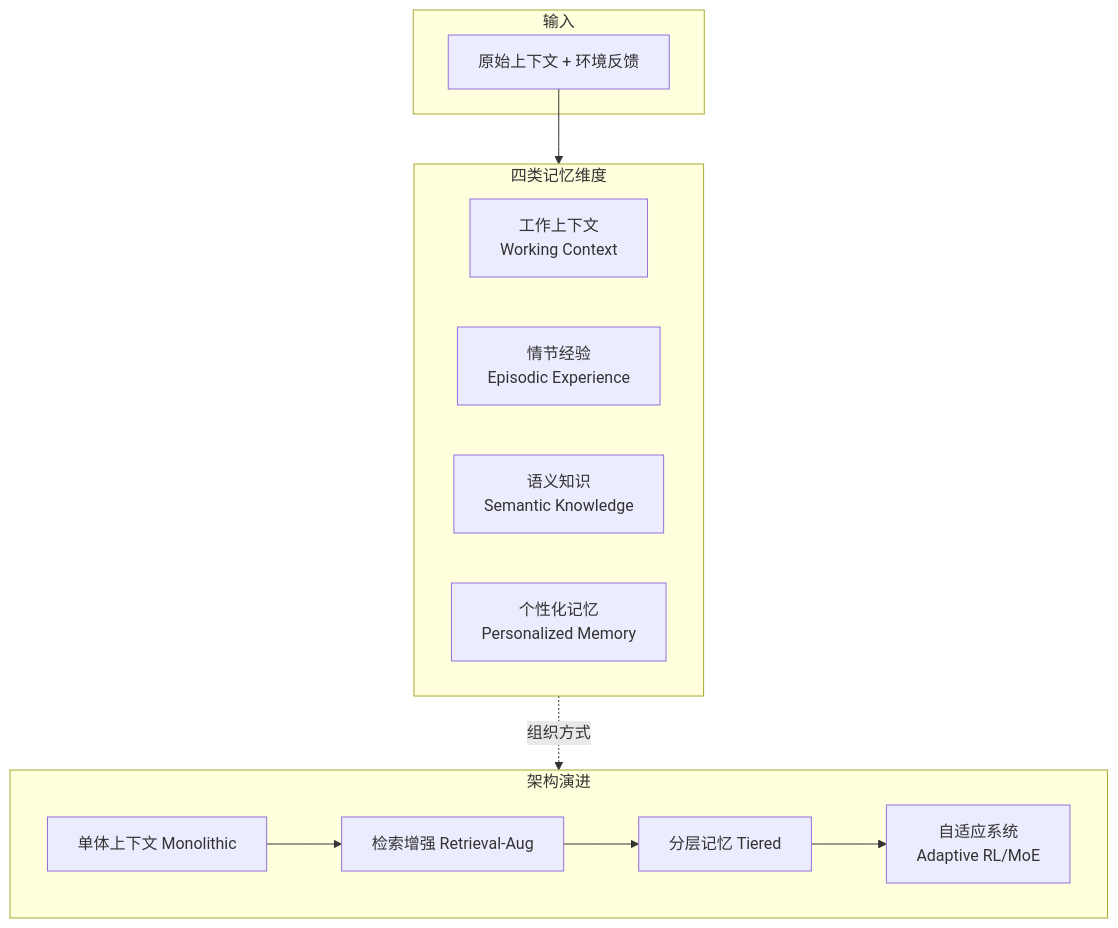
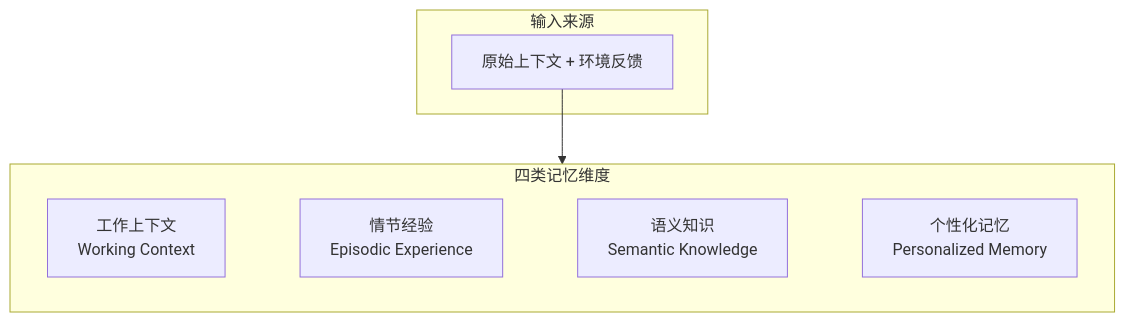
Before and after one commit to wenyuexin/ai-praxis: the first of 5 diagrams in agentic/01-foundations/cognitive-architectures/Externalization_2604.08224.md, drawn with Mermaid. The commit also changed other lines of this file and 1 other file, not shown here.

````diff
--- a/agentic/01-foundations/cognitive-architectures/Externalization_2604.08224.md
+++ b/agentic/01-foundations/cognitive-architectures/Externalization_2604.08224.md
@@ -109,19 +113,15 @@
 ```mermaid
 flowchart TB
-    subgraph Input[输入]
+    subgraph Input[输入来源]
         RC[原始上下文 + 环境反馈]
     end
     subgraph Dims[四类记忆维度]
+        direction LR
         WC[工作上下文<br>Working Context]
         EE[情节经验<br>Episodic Experience]
         SK[语义知识<br>Semantic Knowledge]
         PM[个性化记忆<br>Personalized Memory]
-    end
-    subgraph Evo[架构演进]
-        M1[单体上下文 Monolithic] --> M2[检索增强 Retrieval-Aug]
-        M2 --> M3[分层记忆 Tiered]
-        M3 --> M4[自适应系统<br>Adaptive RL/MoE]
+        WC ~~~ EE ~~~ SK ~~~ PM
     end
     RC --> Dims
-    Dims -.->|组织方式| Evo
 ```
````
